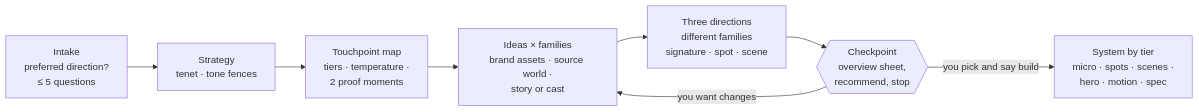
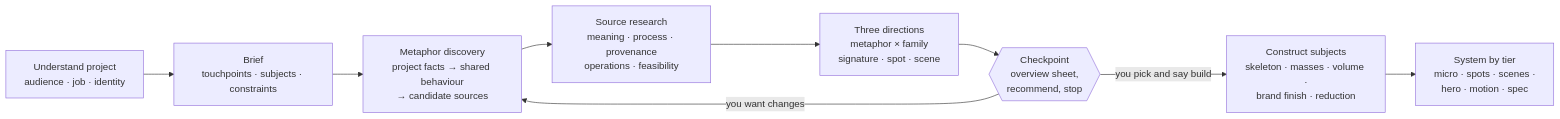
The diagram in README.md (amenolabode/brand-illustration-skill), drawn with Mermaid before and after one commit. The commit also changed other lines of this file and 31 other files, not shown here.

Commit message:
Make illustration research project-specific

````diff
--- a/README.md
+++ b/README.md
@@ -30,10 +27,11 @@
 ```mermaid
 flowchart LR
-    A[Intake<br/>preferred direction?<br/>≤ 5 questions] --> B[Strategy<br/>tenet · tone fences]
-    B --> T[Touchpoint map<br/>tiers · temperature ·<br/>2 proof moments]
-    T --> C[Ideas × families<br/>brand assets · source world ·<br/>story or cast]
-    C --> D[Three directions<br/>different families<br/>signature · spot · scene]
+    A[Understand project<br/>audience · job · identity] --> B[Brief<br/>touchpoints · subjects · constraints]
+    B --> C[Metaphor discovery<br/>project facts → shared behaviour<br/>→ candidate sources]
+    C --> R[Source research<br/>meaning · process · provenance<br/>operations · feasibility]
+    R --> D[Three directions<br/>metaphor × family<br/>signature · spot · scene]
     D --> E{{Checkpoint<br/>overview sheet,<br/>recommend, stop}}
-    E -- "you pick and say build" --> F[System by tier<br/>micro · spots · scenes ·<br/>hero · motion · spec]
+    E -- "you pick and say build" --> F[Construct subjects<br/>skeleton · masses · volume ·<br/>brand finish · reduction]
+    F --> G[System by tier<br/>micro · spots · scenes ·<br/>hero · motion · spec]
     E -- "you want changes" --> C
 ```
````
